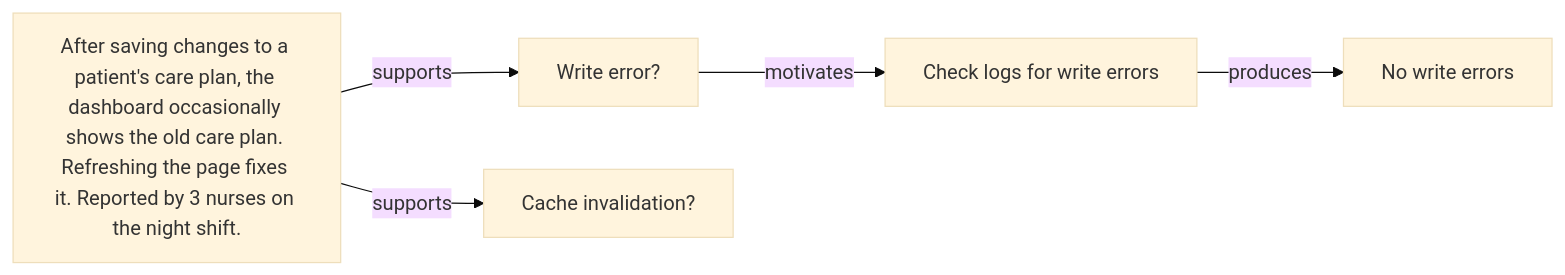
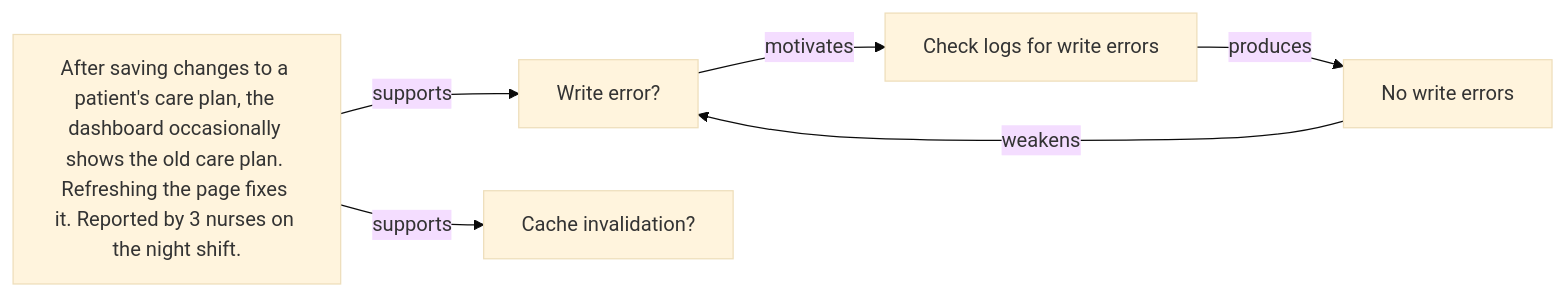
One commit to kahunacohen/why changed the diagram in diagrams/bug.mmd. Above: the diagram before and after it, drawn with Mermaid (base theme).

```diff
--- a/diagrams/bug.mmd
+++ b/diagrams/bug.mmd
@@ -1,18 +1,19 @@
 %% Bug report: After saving changes to a patient's care plan, the dashboard occasionally shows the old care plan. Refreshing the page fixes it. Reported by 3 nurses on the night shift.
 %% Root cause: The care plan save endpoint updates a care_plan_notes table but doesn't touch the main care_plans record. The cache invalidation job checks care_plans.updated_at to decide what to evict. Since that timestamp never changes, the job skips it, and the cache keeps
 %% serving the old care plan.
 
 flowchart LR
 
 B1["After saving changes to a patient's care plan, the dashboard occasionally shows the old care plan. Refreshing the page fixes it. Reported by 3 nurses on the night shift."]
 H1["Write error?"]
 H2["Cache invalidation?"]
 
 B1 --> |supports| H1
 B1 --> |supports| H2
 
 A1["Check logs for write errors"]
 H1 --> |motivates| A1
 
 O1["No write errors"]
 A1 --> |produces| O1
+O1 --> |weakens| H1
```
